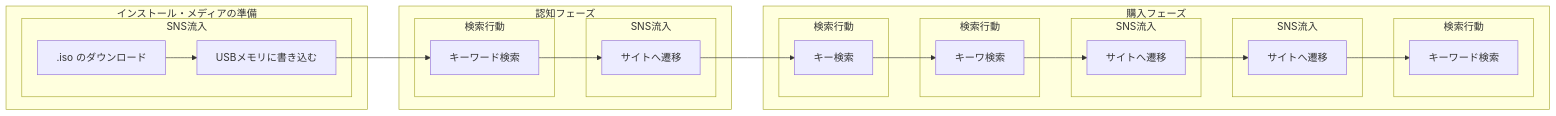
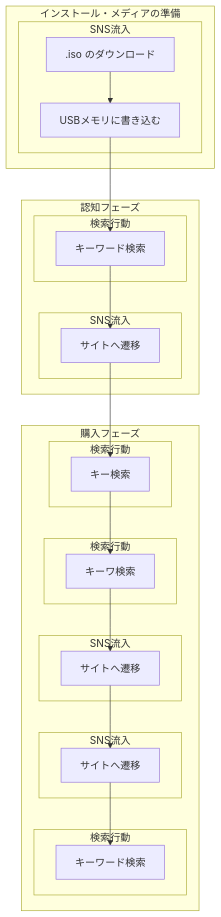
The diagram in linux-install-02.md (hobby-pc2026/linux-install), drawn with Mermaid before and after one commit.

````diff
--- a/linux-install-02.md
+++ b/linux-install-02.md
@@ -3,33 +3,33 @@
 ```mermaid
-flowchart LR
+flowchart TD
     subgraph フェーズ1 [インストール・メディアの準備]
         subgraph サブ1 [SNS流入]
             A[.iso のダウンロード] --> B[USBメモリに書き込む]
         end
     end
     subgraph フェーズ2 [認知フェーズ]
         subgraph サブ3 [検索行動]
             B --> C[キーワード検索]
         end
         subgraph サブ4 [SNS流入]
             C --> E[サイトへ遷移]
         end
     end
     subgraph フェーズ3 [購入フェーズ]
         subgraph サブ5 [検索行動]
             E --> F[キー検索]
         end
         subgraph サブ6 [検索行動]
             F --> G[キーワ検索]
         end
         subgraph サブ7 [SNS流入]
             G --> H[サイトへ遷移] 
         end
         subgraph サブ8 [SNS流入]
             H --> I[サイトへ遷移]
         end
         subgraph サブ9 [検索行動]
             I --> J[キーワード検索]
         end
     end
 ```
````
